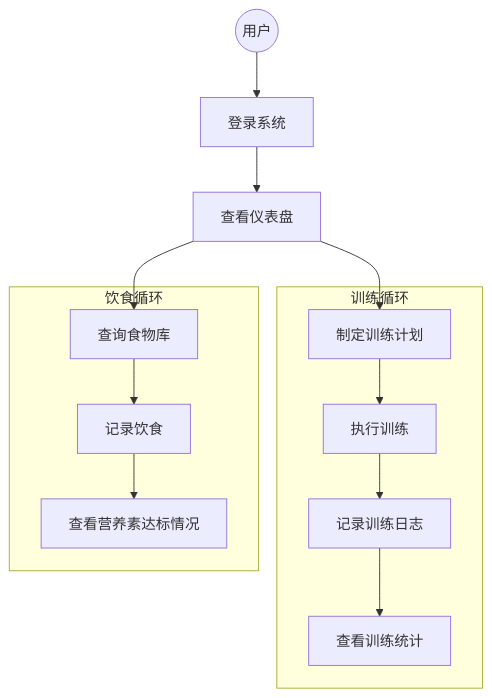
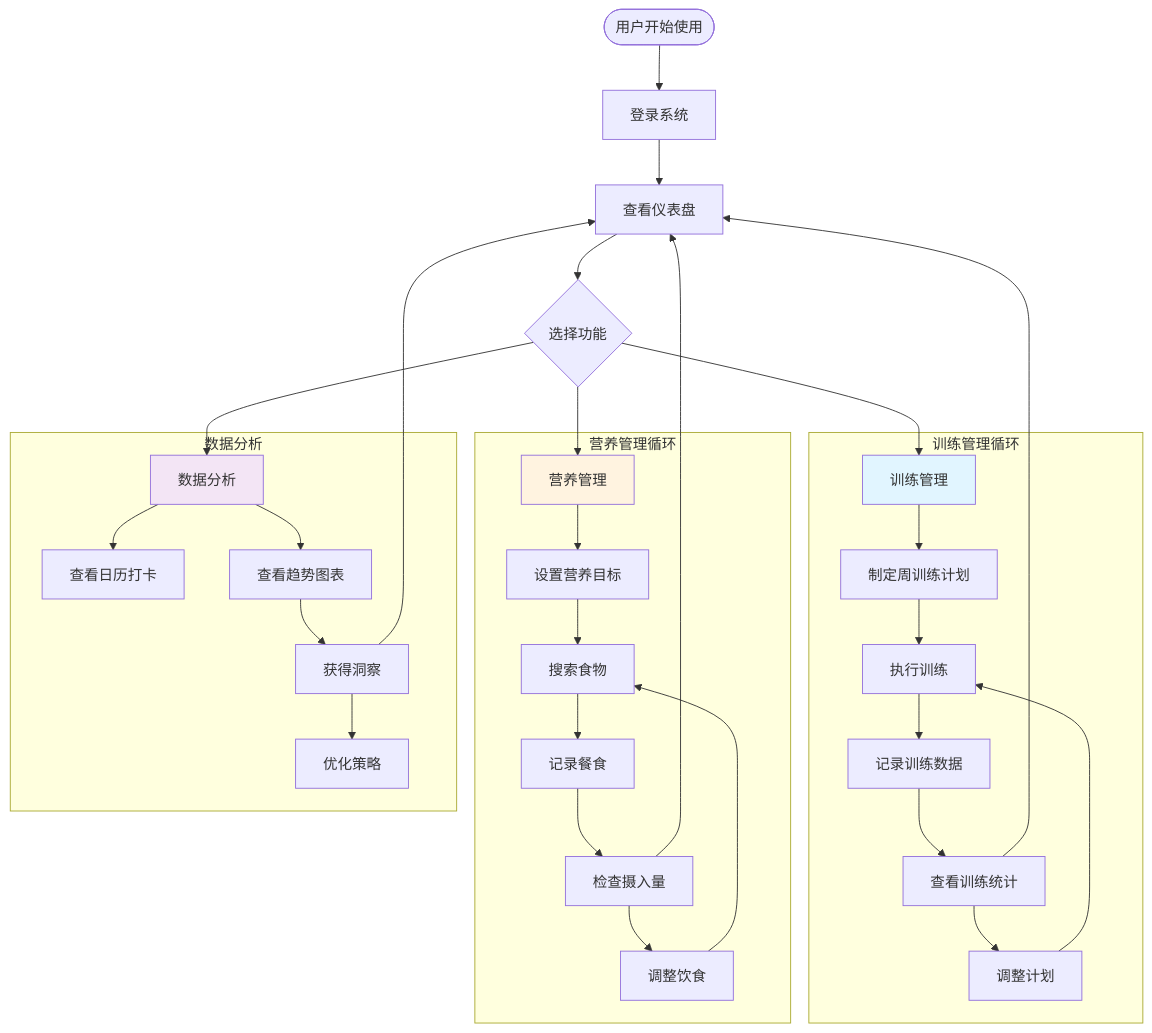
Before and after one commit to MrWeilaity/IronLog: the second of 16 diagrams in PROJECT_DOCS.md, drawn with Mermaid. The commit also changed other lines of this file and 1 other file, not shown here.

Commit message:
Add comprehensive project documentation with enhanced PRD, SDD, user manual, and deployment guide

````diff
--- a/PROJECT_DOCS.md
+++ b/PROJECT_DOCS.md
@@ -57,30 +95,44 @@
 ```mermaid
-graph TD
-    User((用户))
-    Login[登录系统]
-    Dashboard[查看仪表盘]
-
-    subgraph 训练循环
-        MakePlan[制定训练计划]
-        DoTrain[执行训练]
-        LogTrain[记录训练日志]
-        ViewProgress[查看训练统计]
+graph TB
+    Start([用户开始使用]) --> Login[登录系统]
+    Login --> Dashboard[查看仪表盘]
+    
+    Dashboard --> Choice{选择功能}
+    
+    Choice --> Training[训练管理]
+    Choice --> Nutrition[营养管理]
+    Choice --> Analysis[数据分析]
+    
+    subgraph 训练管理循环
+        Training --> Plan[制定周训练计划]
+        Plan --> Execute[执行训练]
+        Execute --> Record[记录训练数据]
+        Record --> TrainStats[查看训练统计]
+        TrainStats --> Adjust[调整计划]
+        Adjust --> Execute
     end
-
-    subgraph 饮食循环
-        SearchFood[查询食物库]
-        LogDiet[记录饮食]
-        CheckMacro[查看营养素达标情况]
+    
+    subgraph 营养管理循环
+        Nutrition --> SetGoal[设置营养目标]
+        SetGoal --> SearchFood[搜索食物]
+        SearchFood --> LogMeal[记录餐食]
+        LogMeal --> CheckIntake[检查摄入量]
+        CheckIntake --> NutritionAdjust[调整饮食]
+        NutritionAdjust --> SearchFood
     end
-
-    User --> Login
-    Login --> Dashboard
-    Dashboard --> MakePlan
-    MakePlan --> DoTrain
-    DoTrain --> LogTrain
-    LogTrain --> ViewProgress
-
-    Dashboard --> SearchFood
-    SearchFood --> LogDiet
-    LogDiet --> CheckMacro
+    
+    subgraph 数据分析
+        Analysis --> Calendar[查看日历打卡]
+        Analysis --> Charts[查看趋势图表]
+        Charts --> Insights[获得洞察]
+        Insights --> Optimize[优化策略]
+    end
+    
+    TrainStats --> Dashboard
+    CheckIntake --> Dashboard
+    Insights --> Dashboard
+    
+    style Training fill:#e1f5ff
+    style Nutrition fill:#fff3e0
+    style Analysis fill:#f3e5f5
 ```
````
